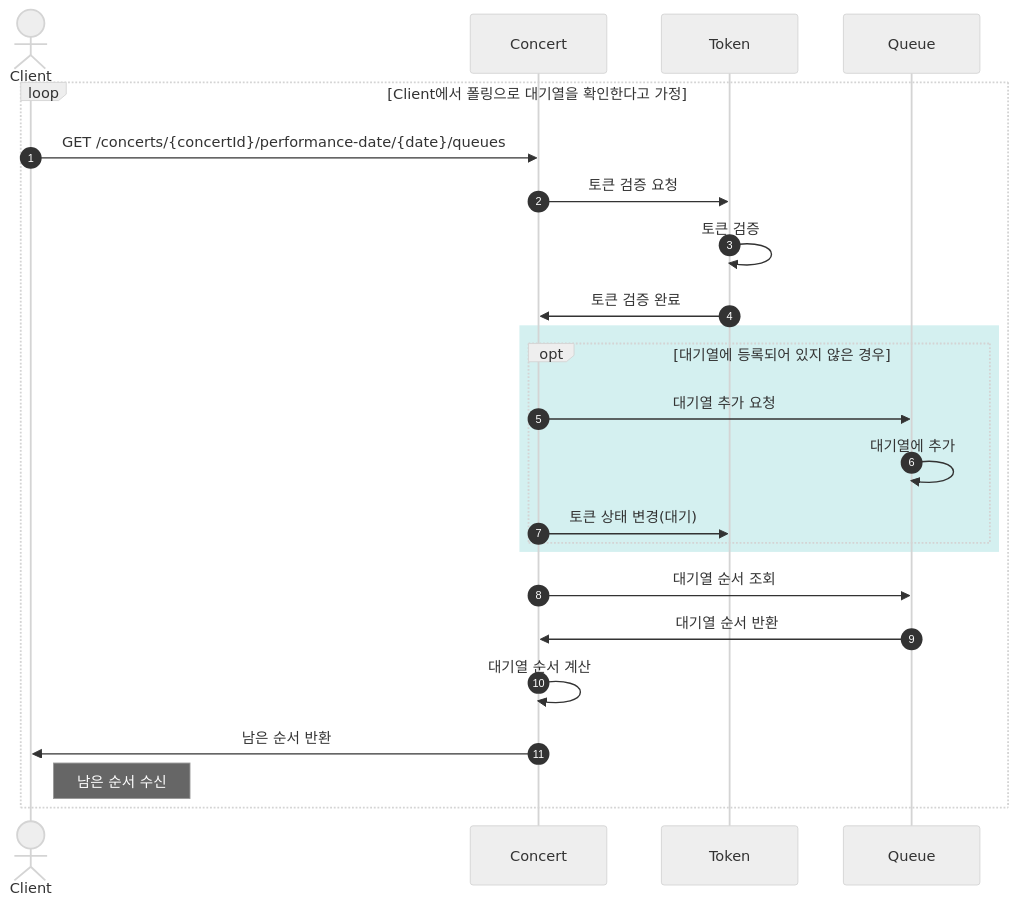
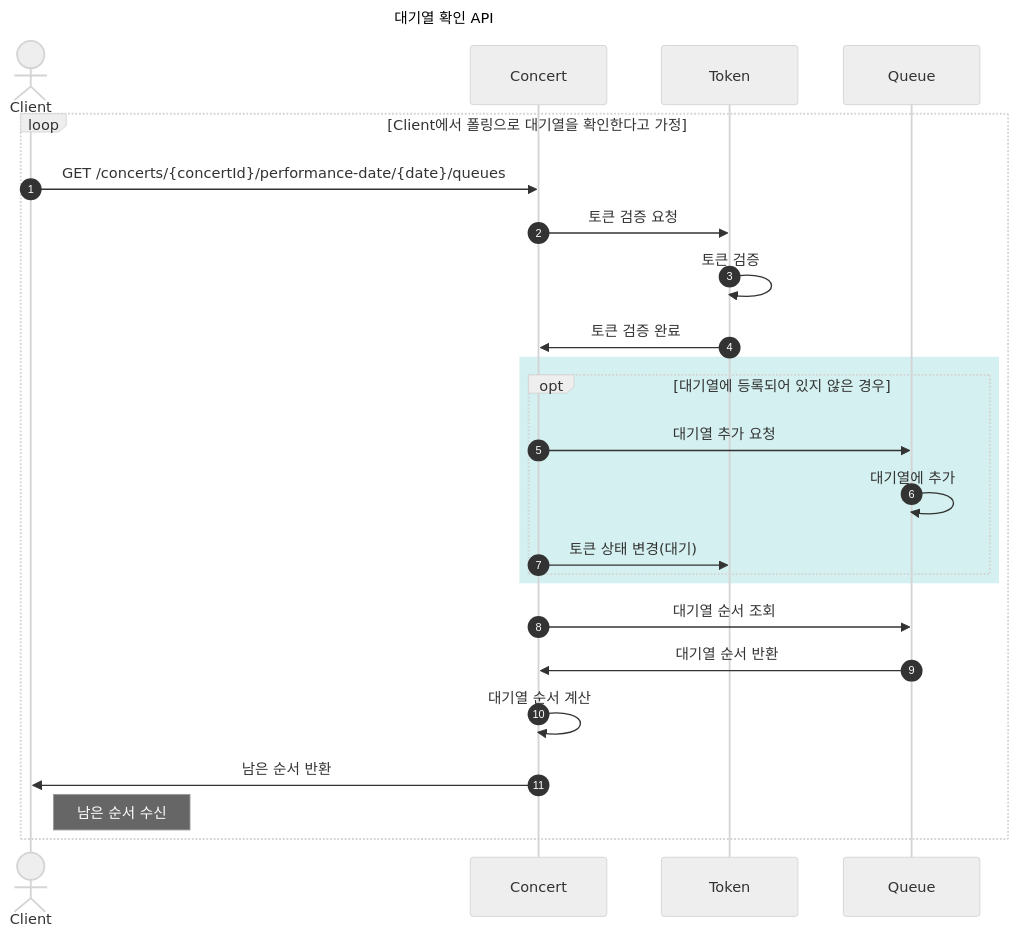
Before and after one commit to Yn3-3xh/hanghaeplus-concert-reservation-service: the second of 8 diagrams in README.md, drawn with Mermaid (neutral theme). The commit also changed other lines of this file, not shown here.

Commit message:
step5/update: README - Sequence Diagram title

````diff
--- a/README.md
+++ b/README.md
@@ -70,28 +71,31 @@
 ``` mermaid
+---
+title: 대기열 확인 API
+---
 sequenceDiagram
 autonumber
 
 actor Client
 
 loop Client에서 폴링으로 대기열을 확인한다고 가정
     Client->>Concert: GET /concerts/{concertId}/performance-date/{date}/queues
     
     Concert->>Token: 토큰 검증 요청
     Token->>Token: 토큰 검증
     Token->>Concert: 토큰 검증 완료
     
     rect rgb(212, 240, 240)
         opt 대기열에 등록되어 있지 않은 경우
             Concert->>Queue: 대기열 추가 요청
             Queue->>Queue: 대기열에 추가
             Concert->>Token: 토큰 상태 변경(대기)
         end
     end
     
     Concert->>Queue: 대기열 순서 조회
     Queue->>Concert: 대기열 순서 반환
     Concert->>Concert: 대기열 순서 계산
     Concert->>Client: 남은 순서 반환
     Note right of Client: 남은 순서 수신
 end
 ```
````
